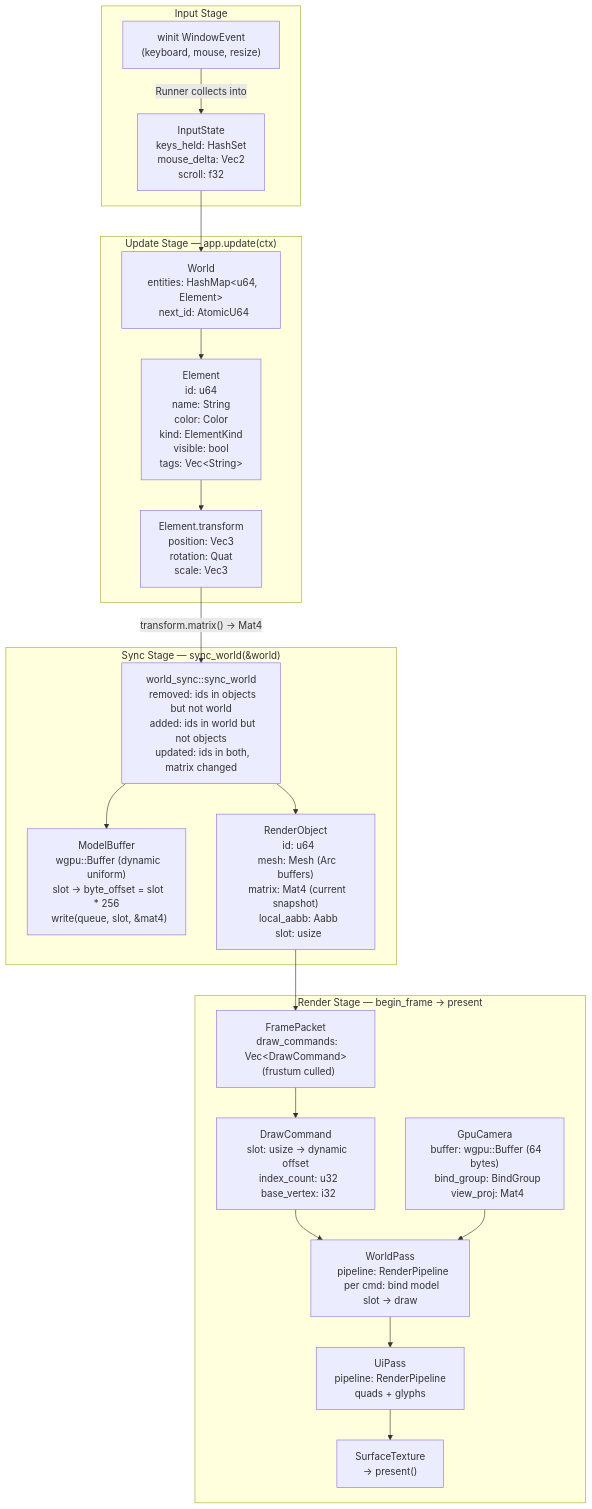
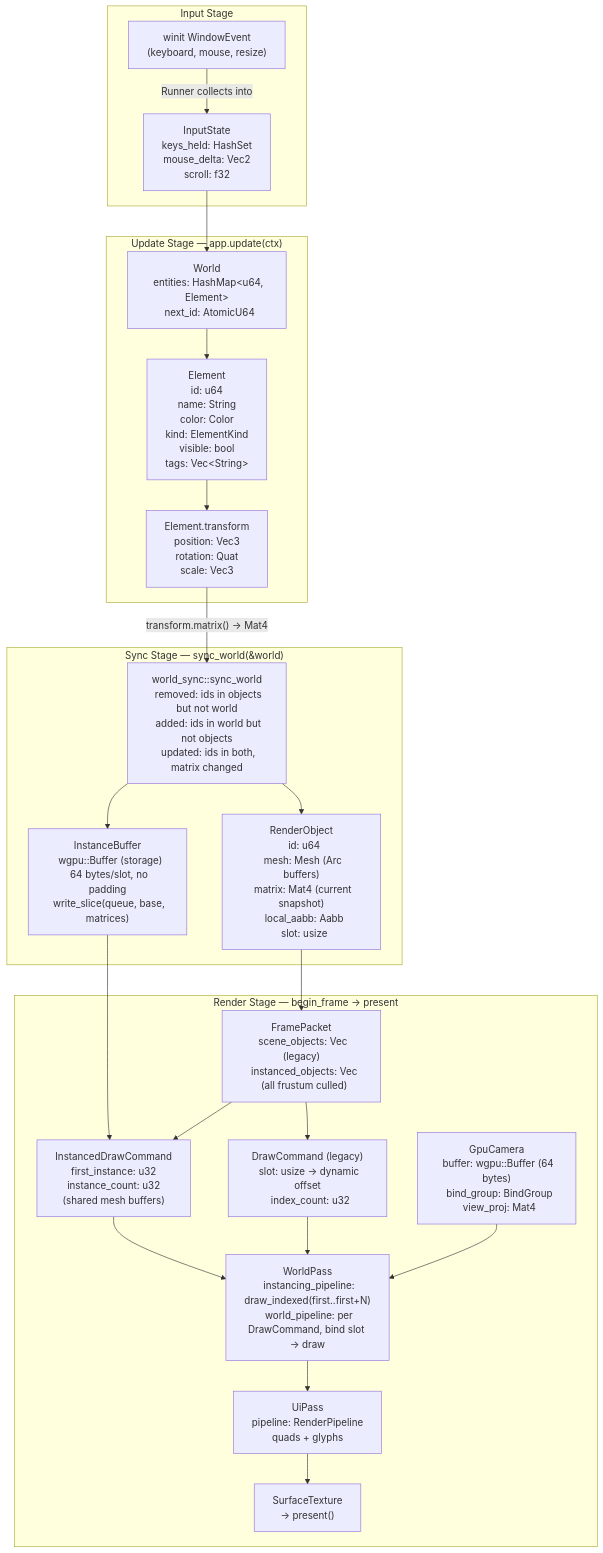
The second of 5 diagrams in flowmaps/frame-loop.md (jvchiappini/FerrousEngine), drawn with Mermaid before and after one commit. The commit also changed other lines of this file and 18 other files, not shown here.

````diff
--- a/flowmaps/frame-loop.md
+++ b/flowmaps/frame-loop.md
@@ -72,41 +72,45 @@
 ```mermaid
 flowchart TD
     subgraph "Input Stage"
         EV["winit WindowEvent\n(keyboard, mouse, resize)"]
         IS["InputState\n  keys_held: HashSet\n  mouse_delta: Vec2\n  scroll: f32"]
         EV -->|"Runner collects into"| IS
     end
 
     subgraph "Update Stage — app.update(ctx)"
         W["World\n  entities: HashMap&lt;u64, Element&gt;\n  next_id: AtomicU64"]
         TF["Element.transform\n  position: Vec3\n  rotation: Quat\n  scale: Vec3"]
         EL["Element\n  id: u64\n  name: String\n  color: Color\n  kind: ElementKind\n  visible: bool\n  tags: Vec&lt;String&gt;"]
         IS --> W
         W --> EL
         EL --> TF
     end
 
     subgraph "Sync Stage — sync_world(&world)"
         SS["world_sync::sync_world\n  removed: ids in objects but not world\n  added: ids in world but not objects\n  updated: ids in both, matrix changed"]
-        MB["ModelBuffer\n  wgpu::Buffer (dynamic uniform)\n  slot → byte_offset = slot * 256\n  write(queue, slot, &mat4)"]
+        IB["InstanceBuffer\n  wgpu::Buffer (storage)\n  64 bytes/slot, no padding\n  write_slice(queue, base, matrices)"]
         RO["RenderObject\n  id: u64\n  mesh: Mesh (Arc buffers)\n  matrix: Mat4 (current snapshot)\n  local_aabb: Aabb\n  slot: usize"]
         TF -->|"transform.matrix() → Mat4"| SS
         SS --> RO
-        SS --> MB
+        SS --> IB
     end
 
     subgraph "Render Stage — begin_frame → present"
-        FP["FramePacket\n  draw_commands: Vec&lt;DrawCommand&gt;\n  (frustum culled)"]
-        DC["DrawCommand\n  slot: usize → dynamic offset\n  index_count: u32\n  base_vertex: i32"]
+        FP["FramePacket\n  scene_objects: Vec<DrawCommand> (legacy)\n  instanced_objects: Vec<InstancedDrawCommand>\n  (all frustum culled)"]
+        IDC["InstancedDrawCommand\n  first_instance: u32\n  instance_count: u32\n  (shared mesh buffers)"]
+        DC["DrawCommand (legacy)\n  slot: usize → dynamic offset\n  index_count: u32"]
         CAM["GpuCamera\n  buffer: wgpu::Buffer (64 bytes)\n  bind_group: BindGroup\n  view_proj: Mat4"]
-        WP["WorldPass\n  pipeline: RenderPipeline\n  per cmd: bind model slot → draw"]
+        WP["WorldPass\n  instancing_pipeline: draw_indexed(first..first+N)\n  world_pipeline: per DrawCommand, bind slot → draw"]
         UP["UiPass\n  pipeline: RenderPipeline\n  quads + glyphs"]
         SC["SurfaceTexture\n  → present()"]
         RO --> FP
+        IB --> IDC
+        FP --> IDC
         FP --> DC
+        IDC --> WP
         DC --> WP
         CAM --> WP
         WP --> UP
         UP --> SC
     end
 ```
````
